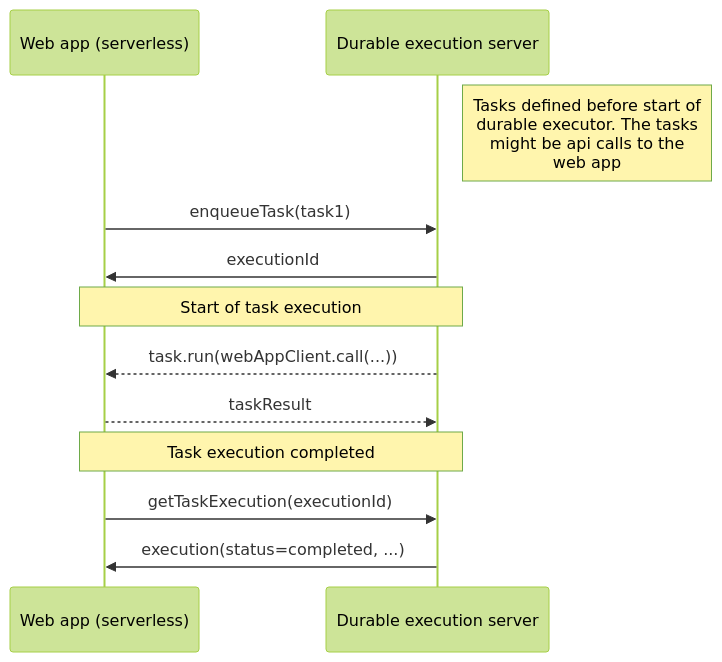
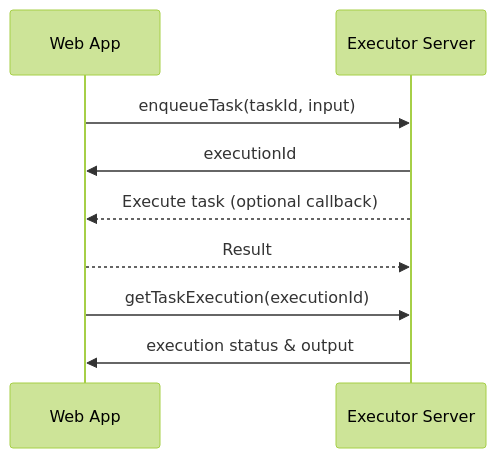
Before and after one commit to gpahal/durable-execution: the diagram in durable-execution-orpc-utils/README.md, drawn with Mermaid (forest theme). The commit also changed other lines of this file and 67 other files, not shown here.

````diff
--- a/durable-execution-orpc-utils/README.md
+++ b/durable-execution-orpc-utils/README.md
@@ -18,14 +18,11 @@
 ```mermaid
 sequenceDiagram
-    participant A as Web app (serverless)
-    participant B as Durable execution server
-    Note right of B: Tasks defined before start of<br/>durable executor. The tasks<br/> might be api calls to the<br/>web app
-    A->>B: enqueueTask(task1)
-    B->>A: executionId
-    Note over A,B: Start of task execution
-    B-->>A: task.run(webAppClient.call(...))
-    A-->>B: taskResult
-    Note over A,B: Task execution completed
-    A->>B: getTaskExecution(executionId)
-    B->>A: execution(status=completed, ...)
+    participant App as Web App
+    participant Server as Executor Server
+    App->>Server: enqueueTask(taskId, input)
+    Server->>App: executionId
+    Server-->>App: Execute task (optional callback)
+    App-->>Server: Result
+    App->>Server: getTaskExecution(executionId)
+    Server->>App: execution status & output
 ```
````
